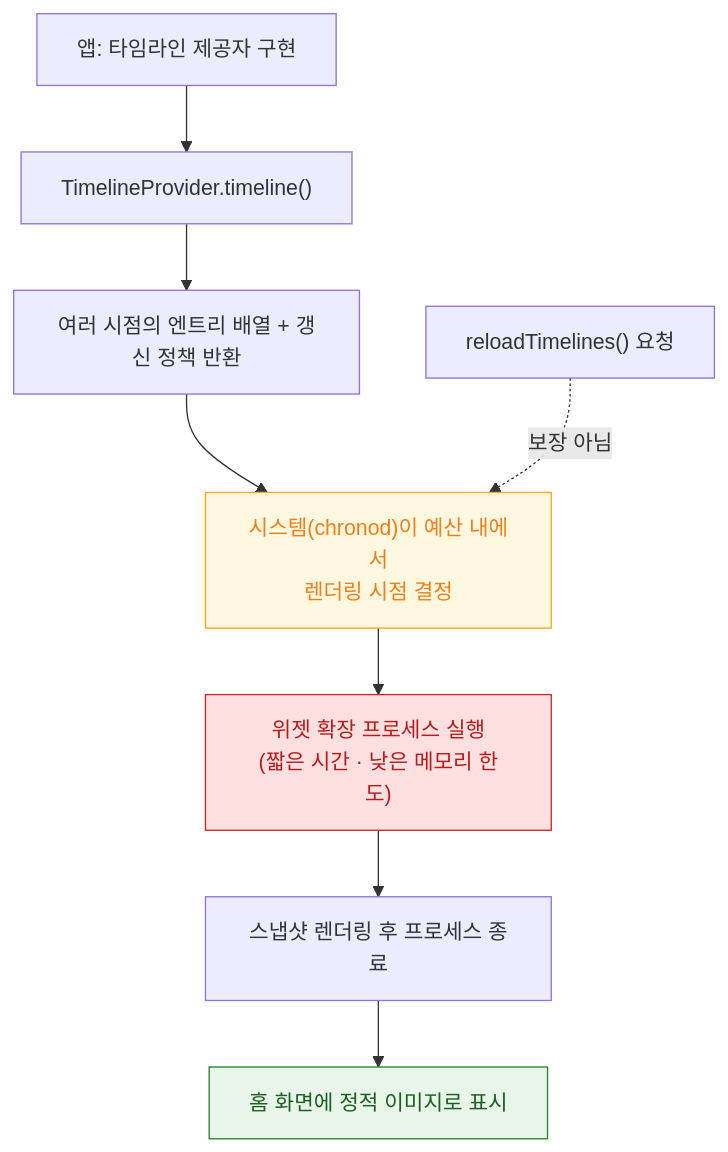
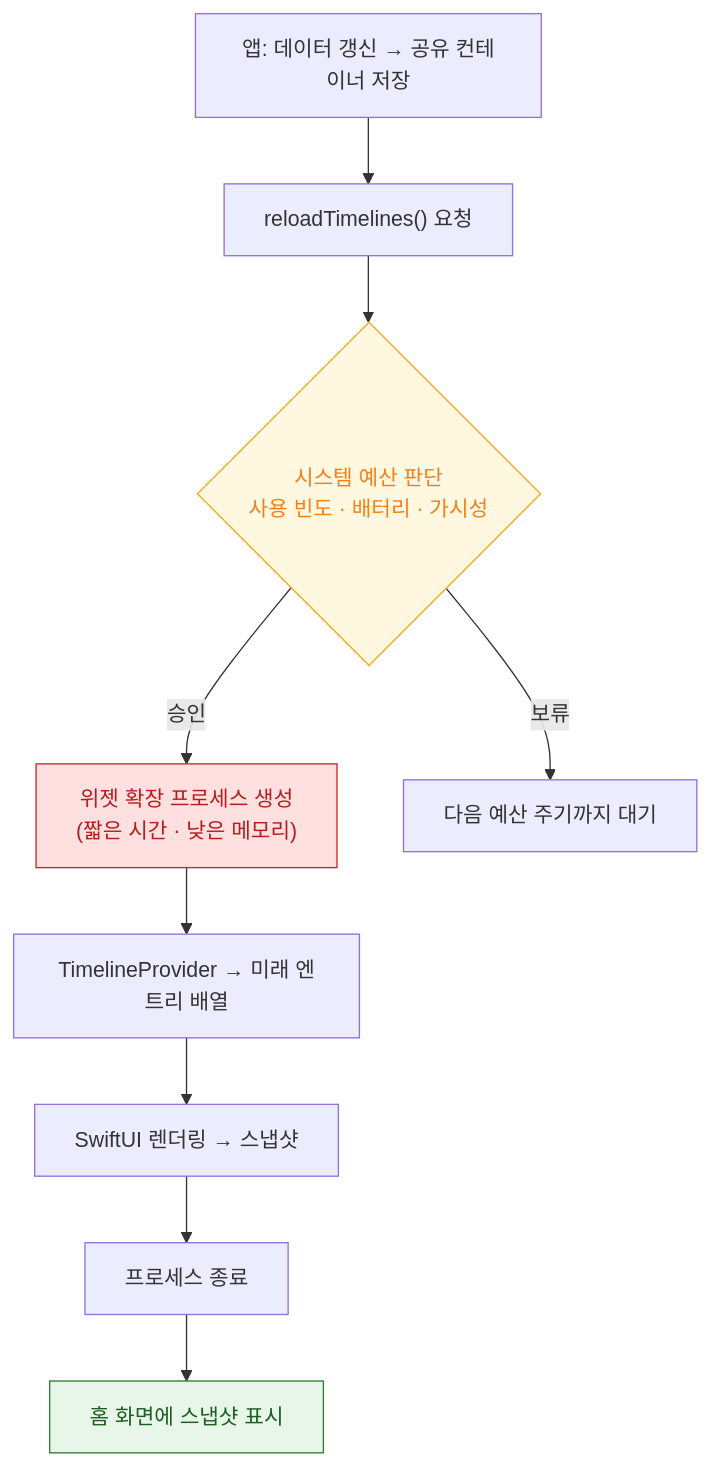
Before and after one commit to youngmin-gwon/what-i-studied: the diagram in 01_inbox/mobile/apple/02_ui_frameworks/apple-widgets-live-activities.md, drawn with Mermaid. The commit also changed other lines of this file and 76 other files, not shown here.

````diff
--- a/01_inbox/mobile/apple/02_ui_frameworks/apple-widgets-live-activities.md
+++ b/01_inbox/mobile/apple/02_ui_frameworks/apple-widgets-live-activities.md
@@ -15,15 +13,15 @@
 ```mermaid
 flowchart TD
-    A["앱: 타임라인 제공자 구현"] --> T["TimelineProvider.timeline()"]
-    T --> E["여러 시점의 엔트리 배열 + 갱신 정책 반환"]
-    E --> S["시스템(chronod)이 예산 내에서<br/>렌더링 시점 결정"]
-    S --> W["위젯 확장 프로세스 실행<br/>(짧은 시간 · 낮은 메모리 한도)"]
-    W --> R["스냅샷 렌더링 후 프로세스 종료"]
-    R --> D["홈 화면에 정적 이미지로 표시"]
+    A["앱: 데이터 갱신 → 공유 컨테이너 저장"] --> R["reloadTimelines() 요청"]
+    R --> B{"시스템 예산 판단<br/>사용 빈도 · 배터리 · 가시성"}
+    B -->|"승인"| E["위젯 확장 프로세스 생성<br/>(짧은 시간 · 낮은 메모리)"]
+    E --> T["TimelineProvider → 미래 엔트리 배열"]
+    T --> S["SwiftUI 렌더링 → 스냅샷"]
+    S --> X["프로세스 종료"]
+    X --> H["홈 화면에 스냅샷 표시"]
+    B -->|"보류"| W["다음 예산 주기까지 대기"]
 
-    RL["reloadTimelines() 요청"] -.->|"보장 아님"| S
-
-    style S fill:#fff8e1,stroke:#f9a825,color:#f57f17
-    style W fill:#ffe0e0,stroke:#c62828,color:#b71c1c
-    style D fill:#e8f5e9,stroke:#2e7d32,color:#1b5e20
+    style B fill:#fff8e1,stroke:#f9a825,color:#f57f17
+    style E fill:#ffe0e0,stroke:#c62828,color:#b71c1c
+    style H fill:#e8f5e9,stroke:#2e7d32,color:#1b5e20
 ```
````
